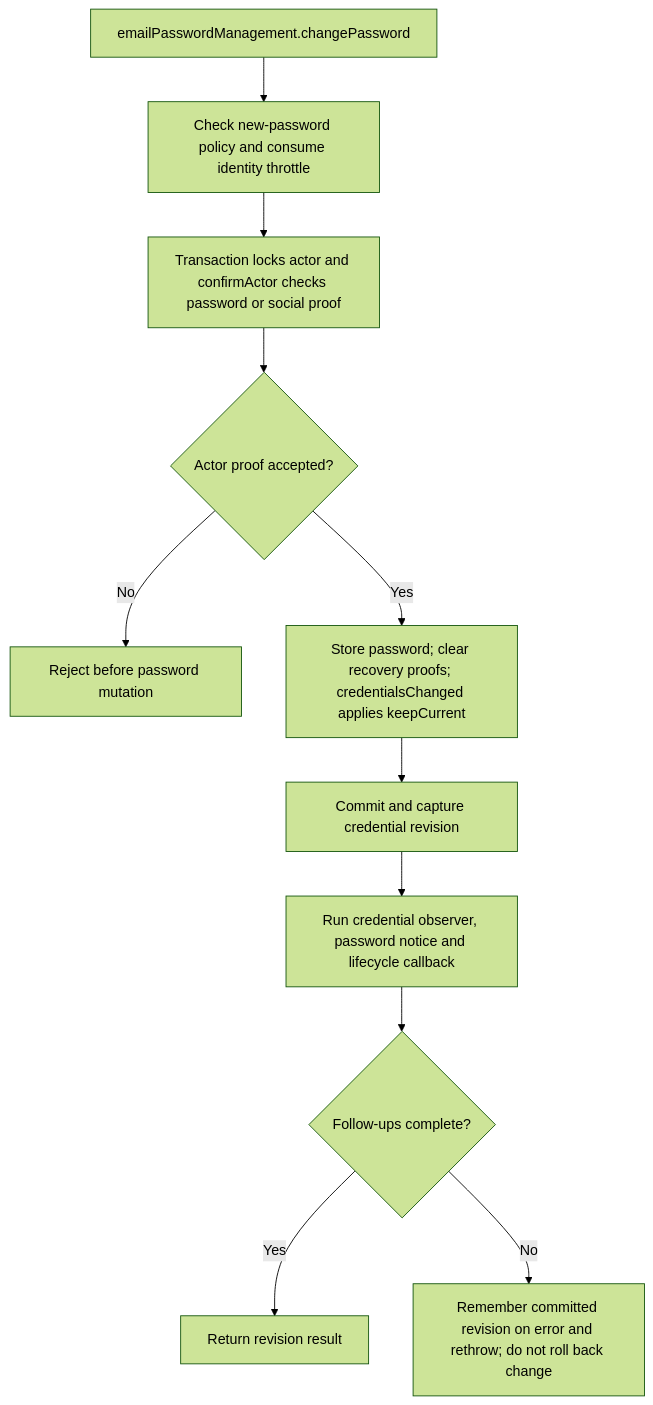
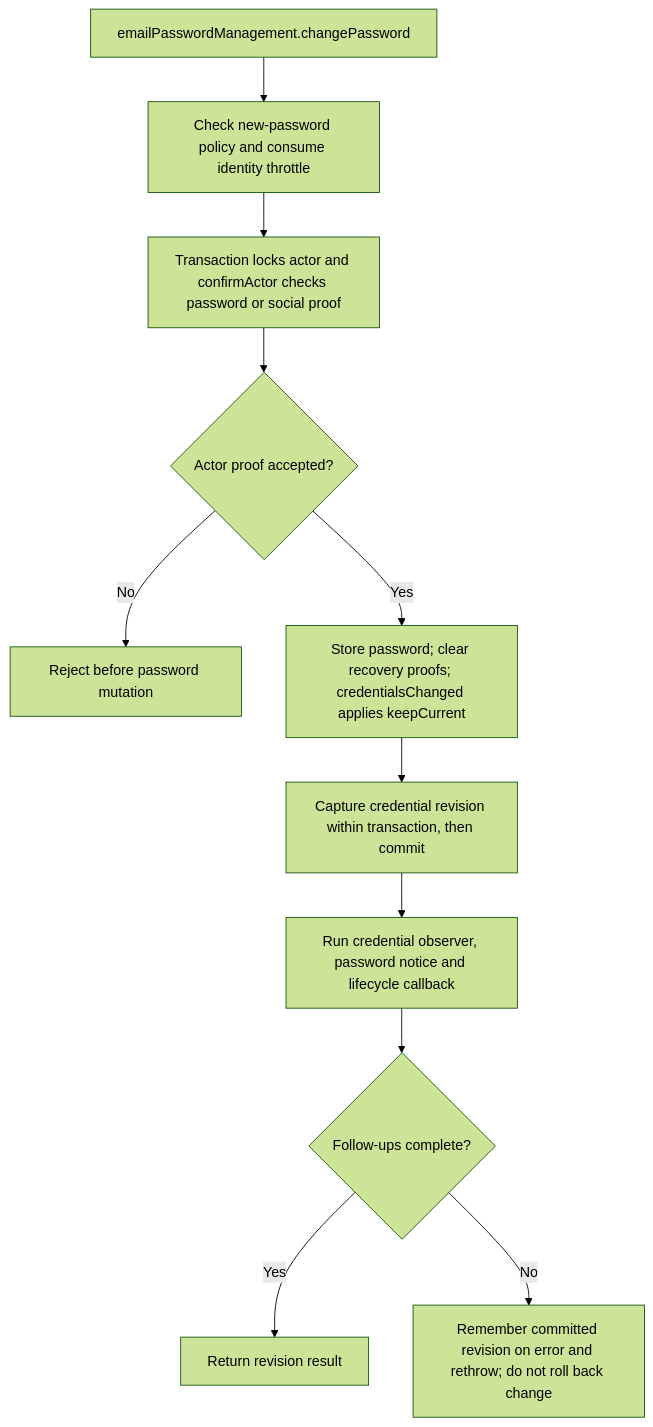
Before and after one commit to Kevinjohn/oss-adonisjs-account-kit: the second of 2 diagrams in user-stories/US-ACCOUNT-05-change-password.md, drawn with Mermaid (forest theme). The commit also changed 43 other files, not shown here.

````diff
--- a/user-stories/US-ACCOUNT-05-change-password.md
+++ b/user-stories/US-ACCOUNT-05-change-password.md
@@ -34,13 +34,13 @@
 ```mermaid
 flowchart TD
     A["emailPasswordManagement.changePassword"] --> B["Check new-password policy and consume identity throttle"]
     B --> C["Transaction locks actor and confirmActor checks password or social proof"]
     C --> D{"Actor proof accepted?"}
     D -->|No| E["Reject before password mutation"]
     D -->|Yes| F["Store password; clear recovery proofs; credentialsChanged applies keepCurrent"]
-    F --> G["Commit and capture credential revision"]
+    F --> G["Capture credential revision within transaction, then commit"]
     G --> H["Run credential observer, password notice and lifecycle callback"]
     H --> I{"Follow-ups complete?"}
     I -->|Yes| J["Return revision result"]
     I -->|No| K["Remember committed revision on error and rethrow; do not roll back change"]
 ```
````
